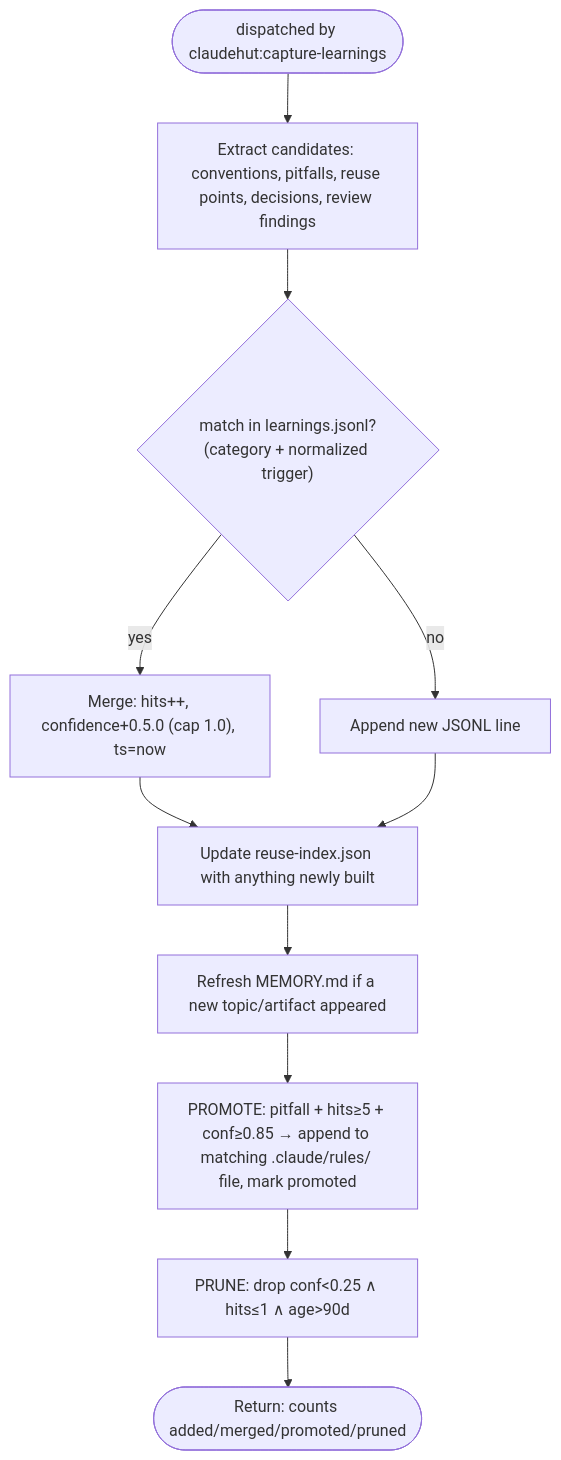
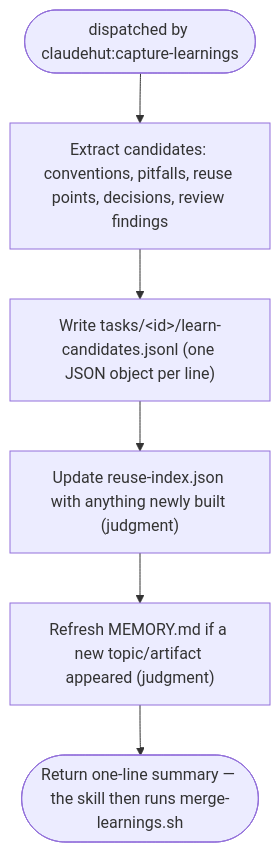
The diagram in agents/claudehut-learner.md (taipt1504/claudehut), drawn with Mermaid before and after one commit. The commit also changed other lines of this file and 10 other files, not shown here.

````diff
--- a/agents/claudehut-learner.md
+++ b/agents/claudehut-learner.md
@@ -19,12 +26,8 @@
 ```mermaid
 flowchart TB
     a([dispatched by claudehut:capture-learnings]) --> ex["Extract candidates: conventions, pitfalls, reuse points, decisions, review findings"]
-    ex --> dd{"match in learnings.jsonl?<br/>(category + normalized trigger)"}
-    dd -- yes --> merge["Merge: hits++, confidence+0.5.0 (cap 1.0), ts=now"]
-    dd -- no --> append["Append new JSONL line"]
-    merge & append --> ri["Update reuse-index.json with anything newly built"]
-    ri --> mem["Refresh MEMORY.md if a new topic/artifact appeared"]
-    mem --> promo["PROMOTE: pitfall + hits≥5 + conf≥0.85 → append to matching .claude/rules/ file, mark promoted"]
-    promo --> prune["PRUNE: drop conf<0.25 ∧ hits≤1 ∧ age>90d"]
-    prune --> out([Return: counts added/merged/promoted/pruned])
+    ex --> wr["Write tasks/&lt;id&gt;/learn-candidates.jsonl (one JSON object per line)"]
+    wr --> ri["Update reuse-index.json with anything newly built (judgment)"]
+    ri --> mem["Refresh MEMORY.md if a new topic/artifact appeared (judgment)"]
+    mem --> out([Return one-line summary — the skill then runs merge-learnings.sh])
 ```
````
